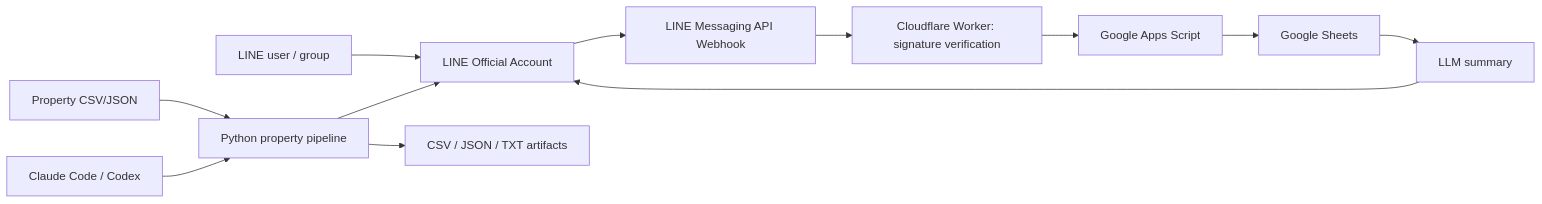
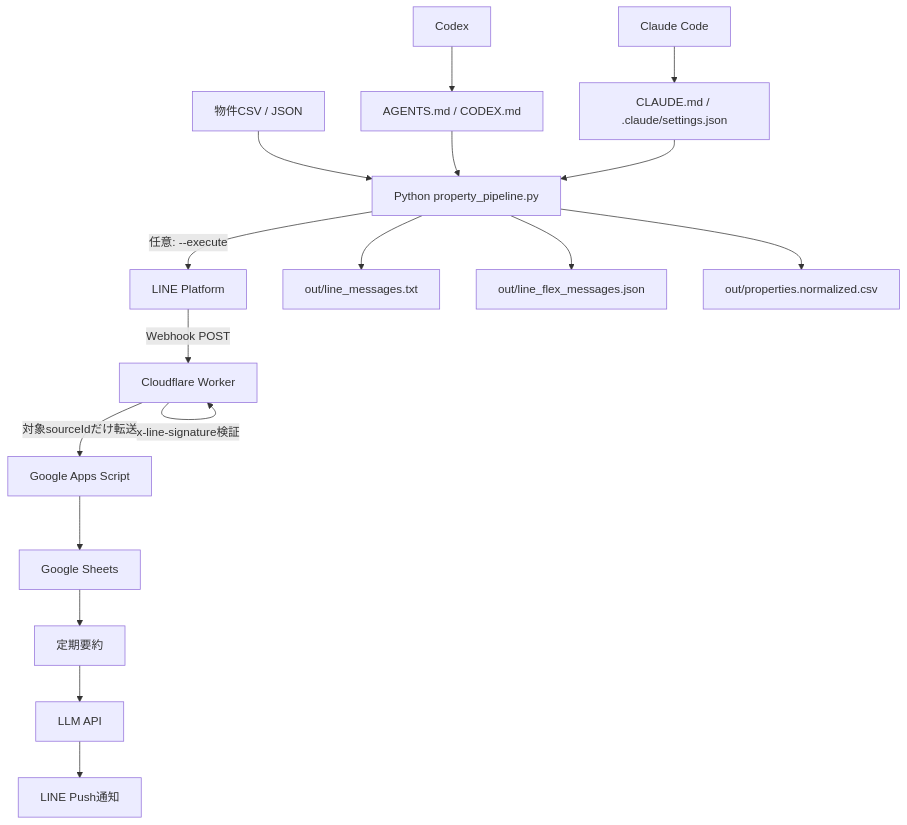
The diagram in README.md (univcorp2-ctrl/line-sheet-digest), drawn with Mermaid before and after one commit. The commit also changed other lines of this file, not shown here.

````diff
--- a/README.md
+++ b/README.md
@@ -38,14 +44,21 @@
 ```mermaid
-flowchart LR
-  U[LINE user / group] --> OA[LINE Official Account]
-  OA --> W[LINE Messaging API Webhook]
-  W --> CF[Cloudflare Worker: signature verification]
-  CF --> GAS[Google Apps Script]
-  GAS --> SH[Google Sheets]
-  SH --> LLM[LLM summary]
-  LLM --> OA
-  CSV[Property CSV/JSON] --> PY[Python property pipeline]
-  PY --> OUT[CSV / JSON / TXT artifacts]
-  PY --> OA
-  AG[Claude Code / Codex] --> PY
+flowchart TD
+  LINE[LINE Platform] -->|Webhook POST| Worker[Cloudflare Worker]
+  Worker -->|x-line-signature検証| Worker
+  Worker -->|対象sourceIdだけ転送| GAS[Google Apps Script]
+  GAS --> Sheets[Google Sheets]
+  Sheets --> Digest[定期要約]
+  Digest --> LLM[LLM API]
+  LLM --> Notify[LINE Push通知]
+
+  Input[物件CSV / JSON] --> Pipeline[Python property_pipeline.py]
+  Pipeline --> Text[out/line_messages.txt]
+  Pipeline --> Flex[out/line_flex_messages.json]
+  Pipeline --> Csv[out/properties.normalized.csv]
+  Pipeline -->|任意: --execute| LINE
+
+  Codex[Codex] --> Agents[AGENTS.md / CODEX.md]
+  Claude[Claude Code] --> ClaudeMd[CLAUDE.md / .claude/settings.json]
+  Agents --> Pipeline
+  ClaudeMd --> Pipeline
 ```
````
